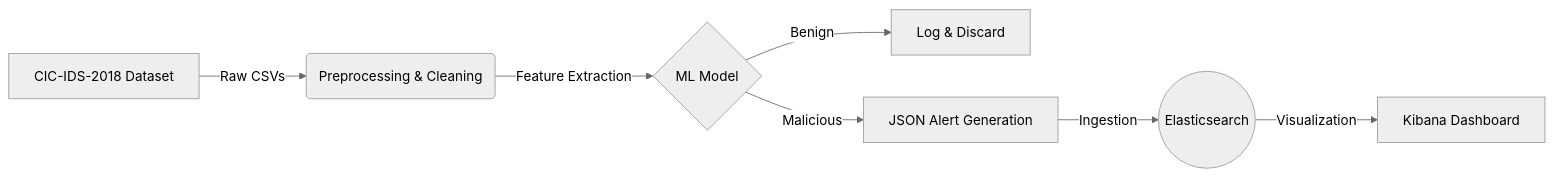
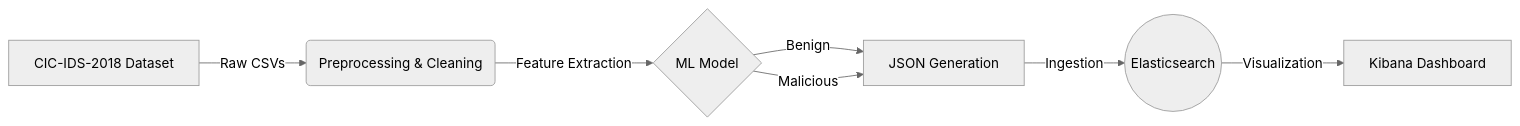
One commit to julianaagarza/CIS3370-FALL25-FINAL changed the diagram in README.md. Above: the diagram before and after it, drawn with Mermaid (neutral theme).

Commit message:
Update flowchart in README for JSON generation

````diff
--- a/README.md
+++ b/README.md
@@ -31,9 +31,9 @@
 ```mermaid
 graph LR
     A[CIC-IDS-2018 Dataset] -->|Raw CSVs| B(Preprocessing & Cleaning)
     B -->|Feature Extraction| C{ML Model}
-    C -->|Benign| D[Log & Discard]
-    C -->|Malicious| E[JSON Alert Generation]
+    C -->|Benign| E[JSON Generation]
+    C -->|Malicious| E
     E -->|Ingestion| F((Elasticsearch))
     F -->|Visualization| G[Kibana Dashboard]
 ```
````
